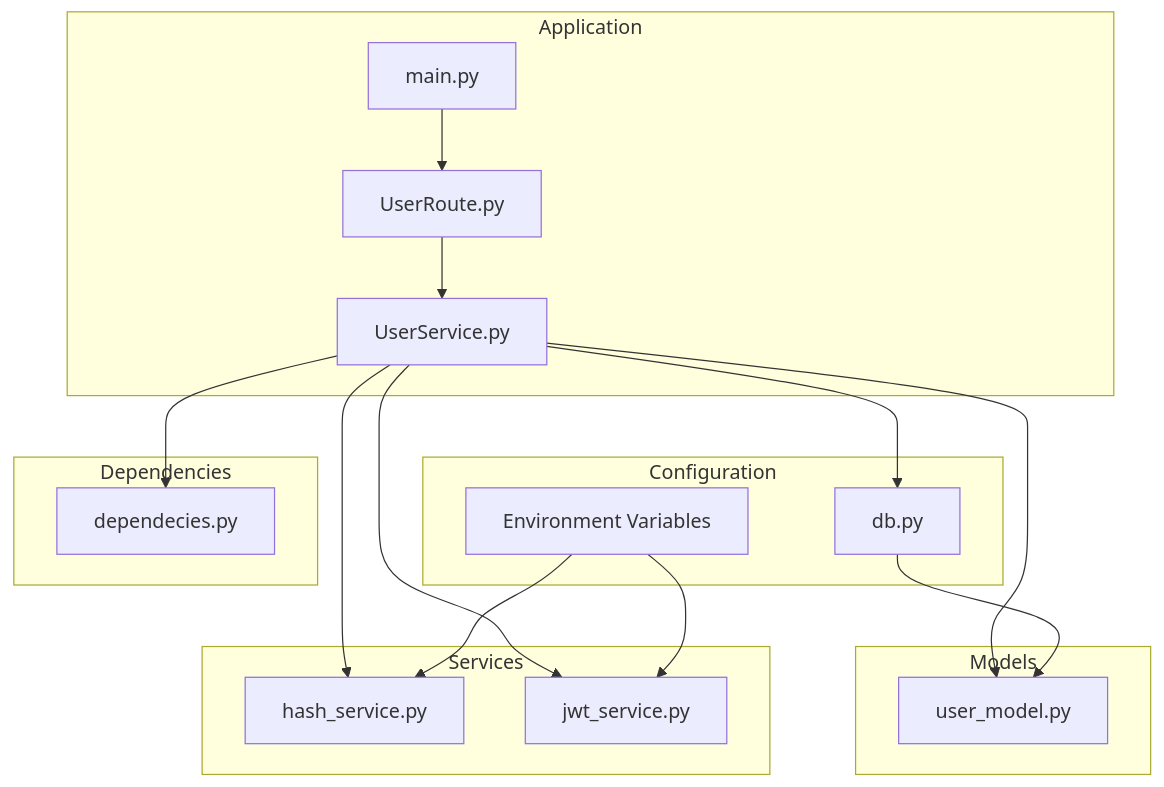
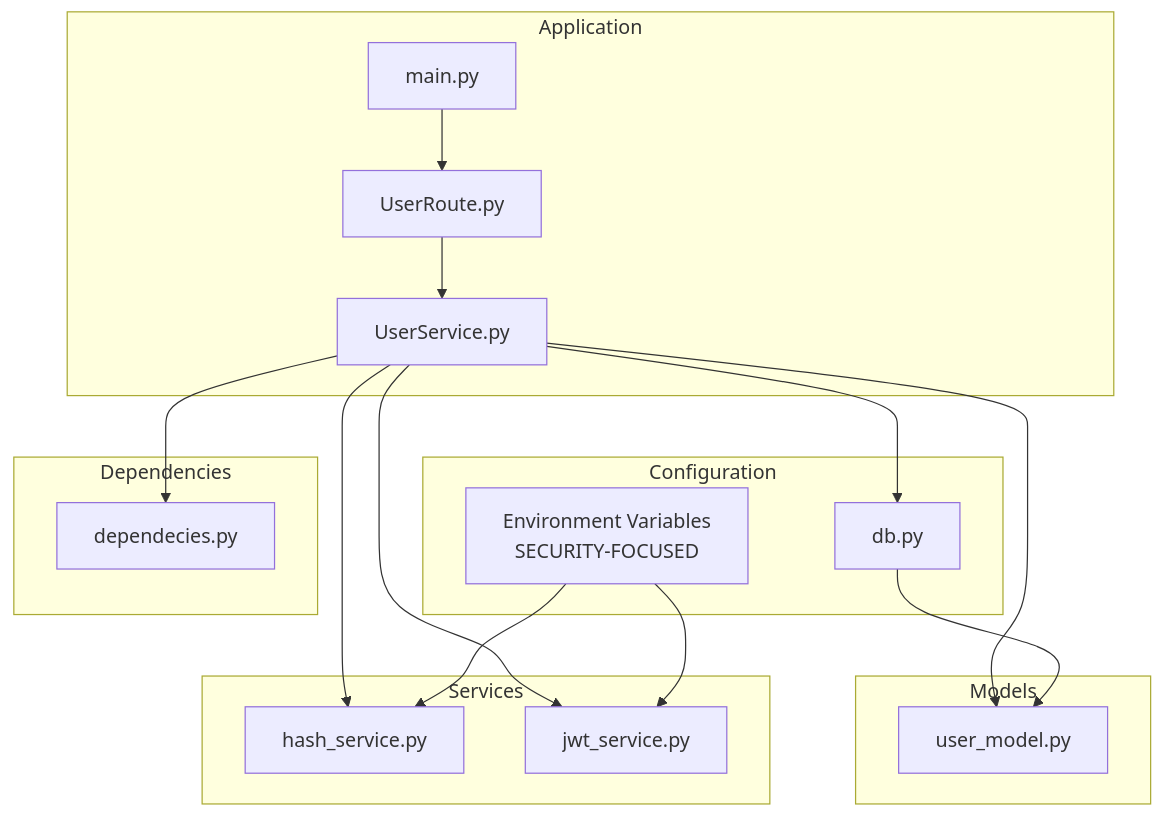
One commit to srikant-panda/auth-service changed the first of 10 diagrams in .qoder/repowiki/en/content/Core Concepts/User Authentication System.md. Above: the diagram before and after it, drawn with Mermaid. The commit also changed other lines of this file and 9 other files, not shown here.

````diff
--- a/.qoder/repowiki/en/content/Core Concepts/User Authentication System.md
+++ b/.qoder/repowiki/en/content/Core Concepts/User Authentication System.md
@@ -42,32 +51,32 @@
 ```mermaid
 graph TB
 subgraph "Application"
 Main["main.py"]
 Router["UserRoute.py"]
 Handler["UserService.py"]
 end
 subgraph "Models"
 UserModels["user_model.py"]
 end
 subgraph "Services"
 Hash["hash_service.py"]
 JWT["jwt_service.py"]
 end
 subgraph "Configuration"
 DB["db.py"]
-Env["Environment Variables"]
+Env["Environment Variables<br/>SECURITY-FOCUSED"]
 end
 subgraph "Dependencies"
 Dep["dependecies.py"]
 end
 Main --> Router
 Router --> Handler
 Handler --> UserModels
 Handler --> Hash
 Handler --> JWT
 Handler --> DB
 Handler --> Dep
 DB --> UserModels
 Env --> Hash
 Env --> JWT
 ```
````
